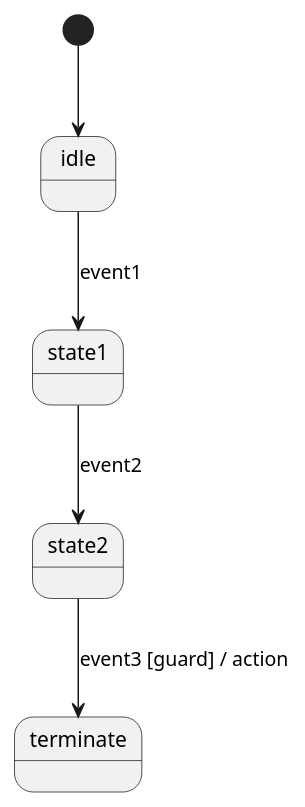
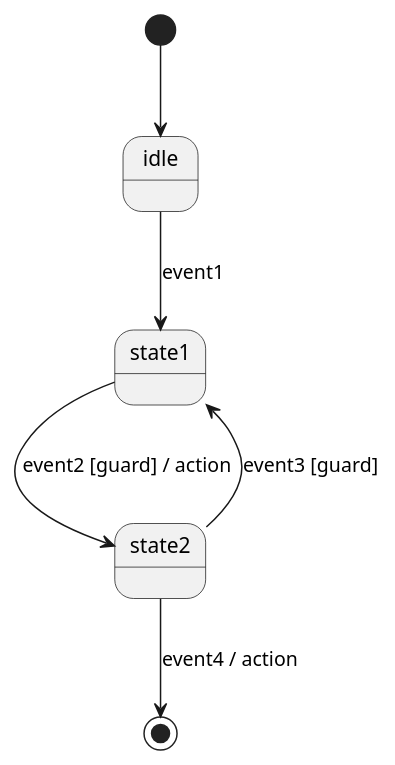
Before and after one commit to xue2sheng/spaghettiCode: the diagram in README.md, drawn with PlantUML. The commit also changed 4 other files, not shown here.

Commit message:
diagram correction again

```diff
--- a/README.md
+++ b/README.md
@@ -18,6 +18,7 @@
            @startuml logic.png
            [*] --> idle
            idle --> state1 : event1
-           state1 --> state2 : event2
-           state2 --> terminate : event3 [guard] / action
-           @enduml
+           state1 --> state2 : event2 [guard] / action
+           state2 --> state1 : event3 [guard]
+           state2 --> [*] : event4 / action
+           @enduml 
```
